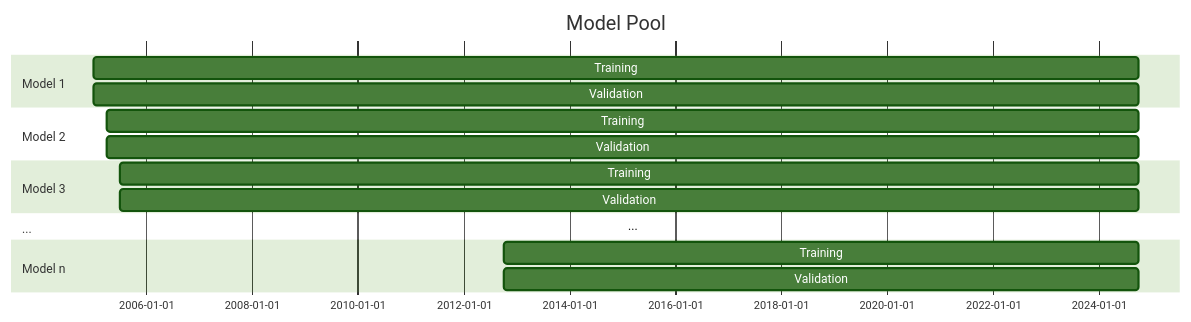
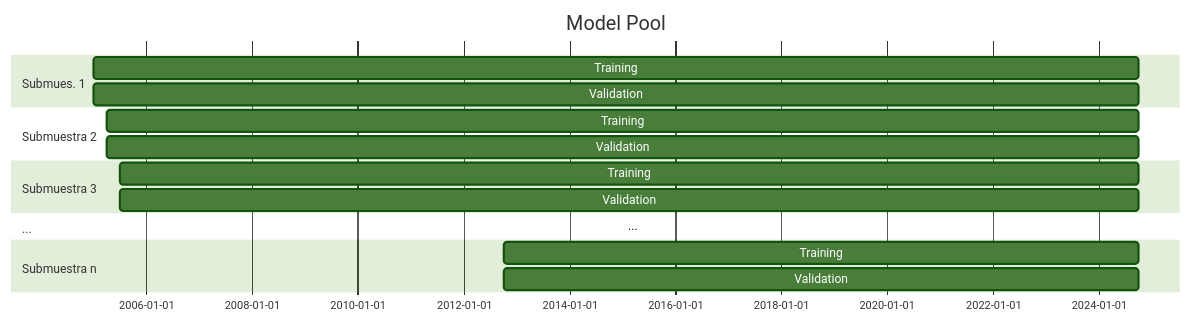
The first of 3 diagrams in hefm/results/SVAR50_4B/SVAR50_forecast_IS_initialEstPeriod/forecast_IS_initialEstPeriod.qmd (DIE-BG/DIE-BG.github.io), drawn with Mermaid before and after one commit. The commit also changed other lines of this file and 2 other files, not shown here.

Commit message:
chore(SVAR50_4B/excercises): Change "modelo" word to "submuestra/parametrización"

````diff
--- a/hefm/results/SVAR50_4B/SVAR50_forecast_IS_initialEstPeriod/forecast_IS_initialEstPeriod.qmd
+++ b/hefm/results/SVAR50_4B/SVAR50_forecast_IS_initialEstPeriod/forecast_IS_initialEstPeriod.qmd
@@ -110,29 +111,29 @@
 ```{mermaid}
 %%| fig-width: 6
 
 
 %%{
 init: {
   "securityLevel": "loose",
   "theme": "forest"   
 }
 }%%
 gantt
     title Model Pool
     dateFormat  YYYY-QQ
-    section Model 1
+    section Submues. 1
     Training           :a1, 2005-01, 237M
     Validation      :a2, 2005-01, 237M
-    section Model 2
+    section Submuestra 2
     Training           :a1, 2005-04, 234M
     Validation      :a2, 2005-04, 234M
-    section Model 3
+    section Submuestra 3
     Training          :a1, 2005-07, 231M
     Validation      :a2, 2005-07, 231M
     section ...
     ... :a1, 2015-01-02, 
-    section Model n
+    section Submuestra n
     Training          :a1, 2012-10, 144M
     Validation      :a2, 2012-10, 144M
 
 ```
````
